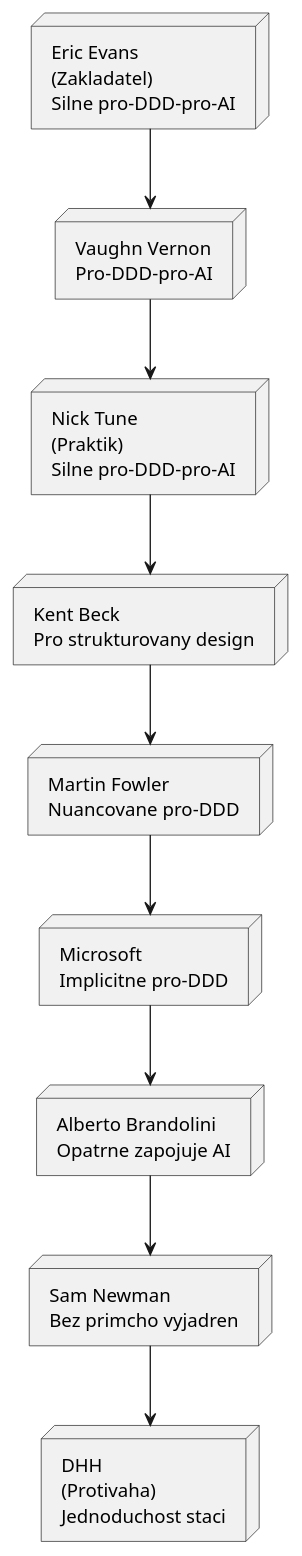
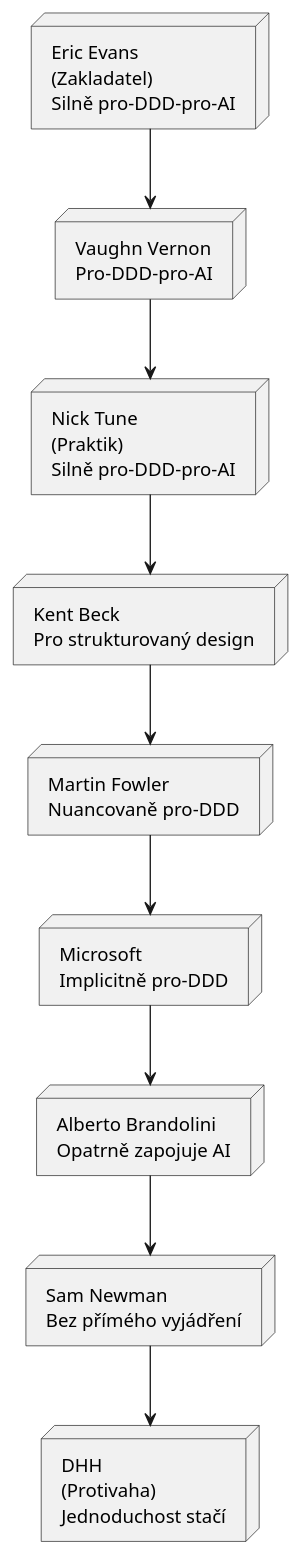
Before and after one commit to MichalKatuscak/ddd-v-symfony: the diagram in templates/diagrams/10_ddd_ai/spectrum.puml, drawn with PlantUML. The commit also changed 11 other files, not shown here.

First line of the commit message:
fix: opravit diakritiku ve všech SVG diagramech

```diff
--- a/templates/diagrams/10_ddd_ai/spectrum.puml
+++ b/templates/diagrams/10_ddd_ai/spectrum.puml
@@ -1,22 +1,22 @@
 @startuml
 
-node "Eric Evans\n(Zakladatel)\nSilne pro-DDD-pro-AI" as A
+node "Eric Evans\n(Zakladatel)\nSilně pro-DDD-pro-AI" as A
 node "Vaughn Vernon\nPro-DDD-pro-AI" as B
-node "Nick Tune\n(Praktik)\nSilne pro-DDD-pro-AI" as C
-node "Kent Beck\nPro strukturovany design" as D
-node "Martin Fowler\nNuancovane pro-DDD" as E
-node "Microsoft\nImplicitne pro-DDD" as F
-node "Alberto Brandolini\nOpatrne zapojuje AI" as G
-node "Sam Newman\nBez primcho vyjadren" as H
-node "DHH\n(Protivaha)\nJednoduchost staci" as I
+node "Nick Tune\n(Praktik)\nSilně pro-DDD-pro-AI" as C
+node "Kent Beck\nPro strukturovaný design" as D
+node "Martin Fowler\nNuancovaně pro-DDD" as E
+node "Microsoft\nImplicitně pro-DDD" as F
+node "Alberto Brandolini\nOpatrně zapojuje AI" as G
+node "Sam Newman\nBez přímého vyjádření" as H
+node "DHH\n(Protivaha)\nJednoduchost stačí" as I
 
 A --> B
 B --> C
 C --> D
 D --> E
 E --> F
 F --> G
 G --> H
 H --> I
 
 @enduml
```
